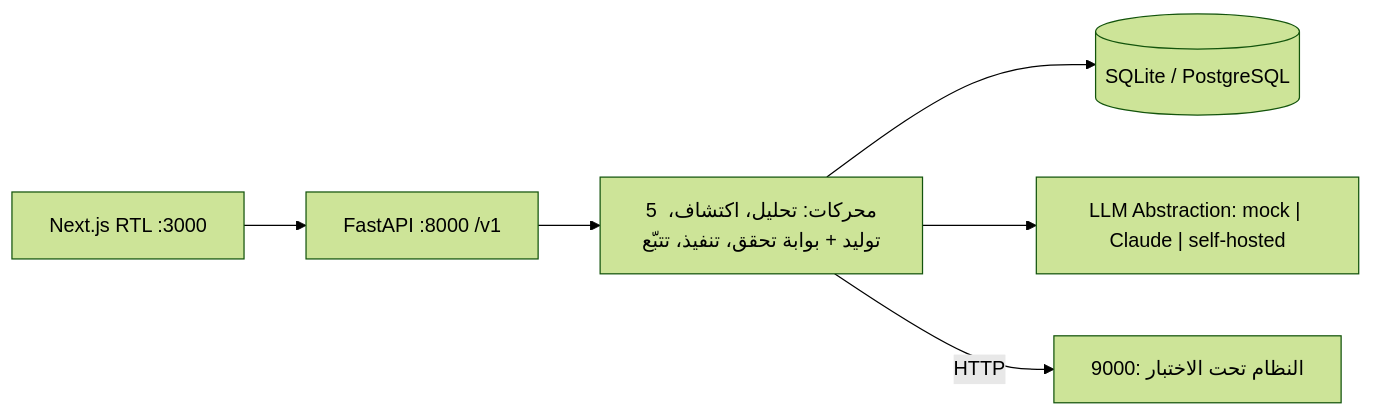
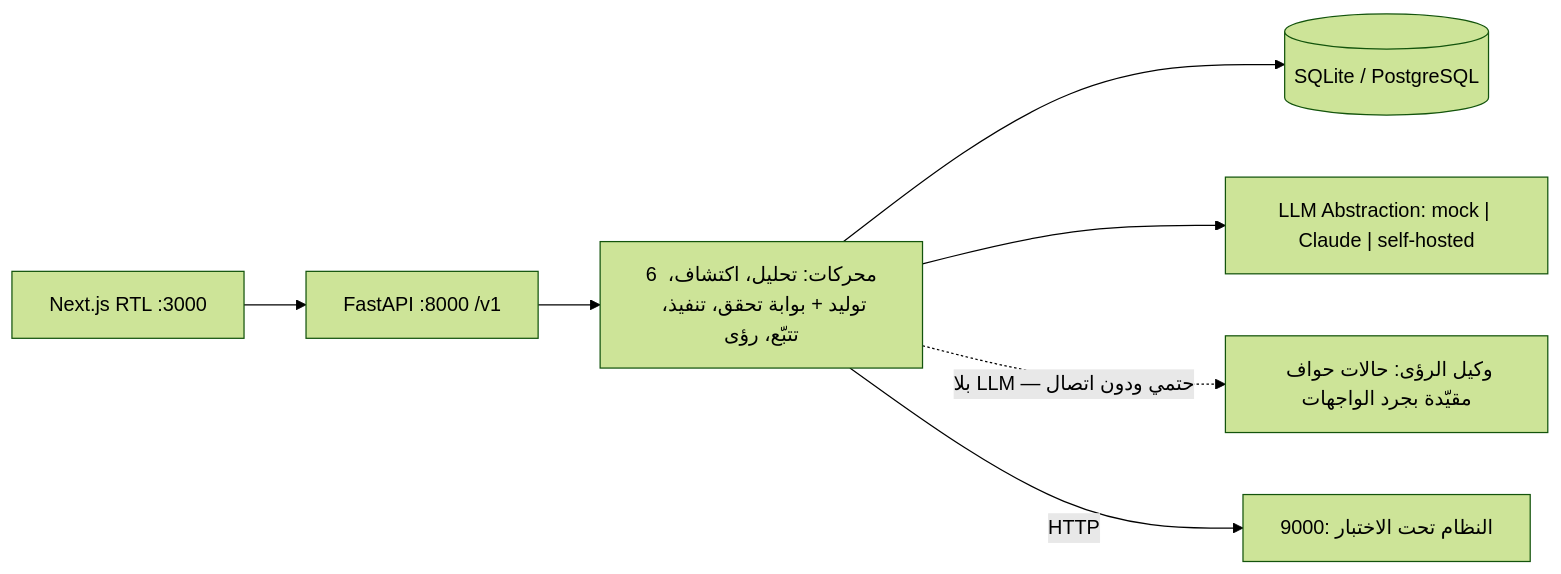
Before and after one commit to Abo5/traceo: the diagram in README.md, drawn with Mermaid (forest theme). The commit also changed other lines of this file and 44 other files, not shown here.

````diff
--- a/README.md
+++ b/README.md
@@ -7,8 +7,9 @@
 ```mermaid
 flowchart LR
     FE["Next.js RTL :3000"] --> API["FastAPI :8000 /v1"]
-    API --> ENG["5 محركات: تحليل، اكتشاف، توليد + بوابة تحقق، تنفيذ، تتبّع"]
+    API --> ENG["6 محركات: تحليل، اكتشاف، توليد + بوابة تحقق، تنفيذ، تتبّع، رؤى"]
     ENG --> DB[("SQLite / PostgreSQL")]
     ENG --> LLM["LLM Abstraction: mock | Claude | self-hosted"]
+    ENG -.->|"بلا LLM — حتمي ودون اتصال"| INS["وكيل الرؤى: حالات حواف مقيّدة بجرد الواجهات"]
     ENG -->|"HTTP"| SUT["النظام تحت الاختبار :9000"]
 ```
````
